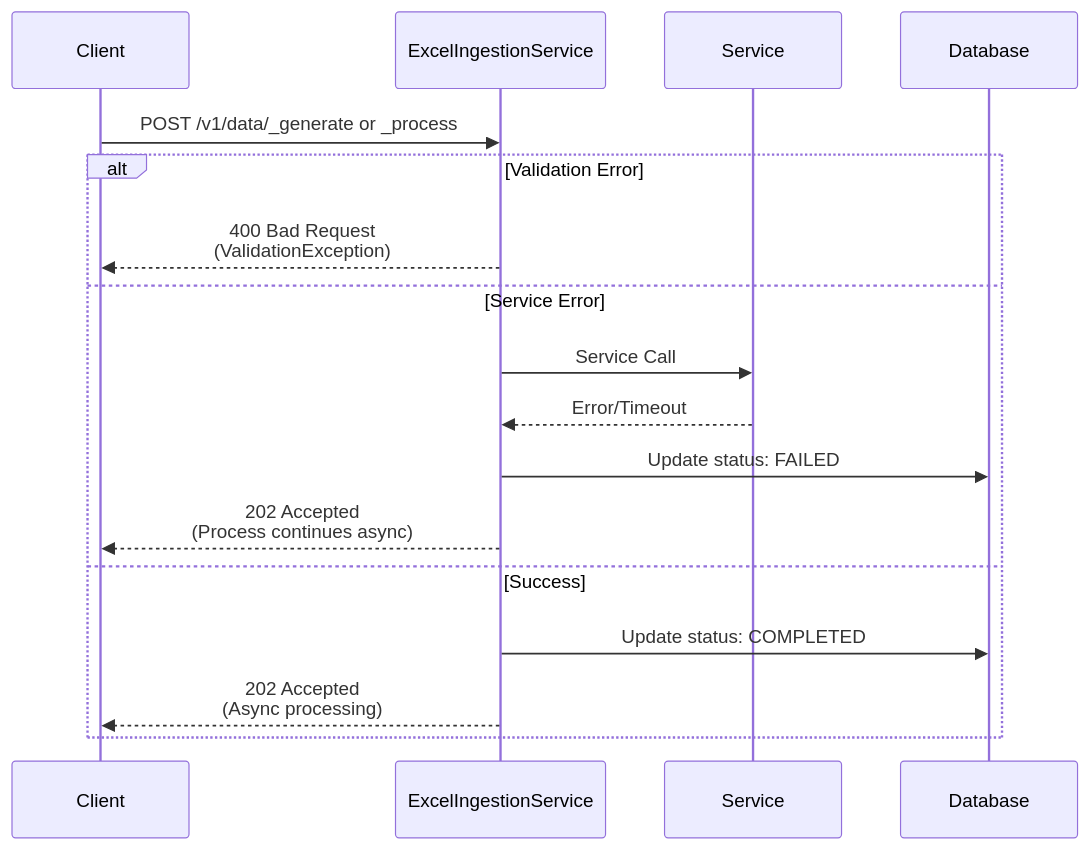
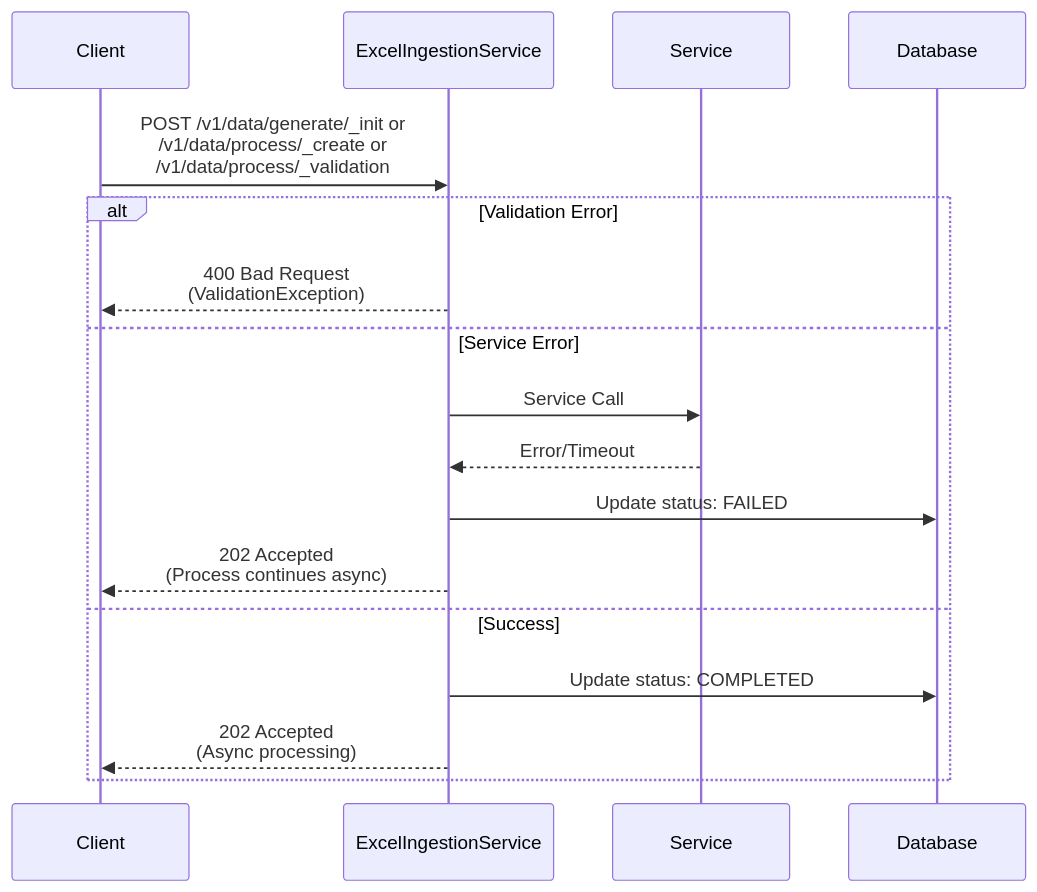
One commit to egovernments/health-campaign-services changed the seventh of 8 diagrams in health-services/excel-ingestion/README.md. Above: the diagram before and after it, drawn with Mermaid. The commit also changed other lines of this file, not shown here.

Commit message:
update README.md for excel-ingestion

````diff
--- a/health-services/excel-ingestion/README.md
+++ b/health-services/excel-ingestion/README.md
@@ -171,21 +171,21 @@
 ```mermaid
 sequenceDiagram
     participant Client
     participant ExcelIngestionService
     participant Service
     participant Database
     
-    Client->>ExcelIngestionService: POST /v1/data/_generate or _process
+    Client->>ExcelIngestionService: POST /v1/data/generate/_init or<br/>/v1/data/process/_create or<br/>/v1/data/process/_validation
     
     alt Validation Error
         ExcelIngestionService-->>Client: 400 Bad Request<br/>(ValidationException)
     else Service Error
         ExcelIngestionService->>Service: Service Call
         Service-->>ExcelIngestionService: Error/Timeout
         ExcelIngestionService->>Database: Update status: FAILED
         ExcelIngestionService-->>Client: 202 Accepted<br/>(Process continues async)
     else Success
         ExcelIngestionService->>Database: Update status: COMPLETED
         ExcelIngestionService-->>Client: 202 Accepted<br/>(Async processing)
     end
 ```
````
